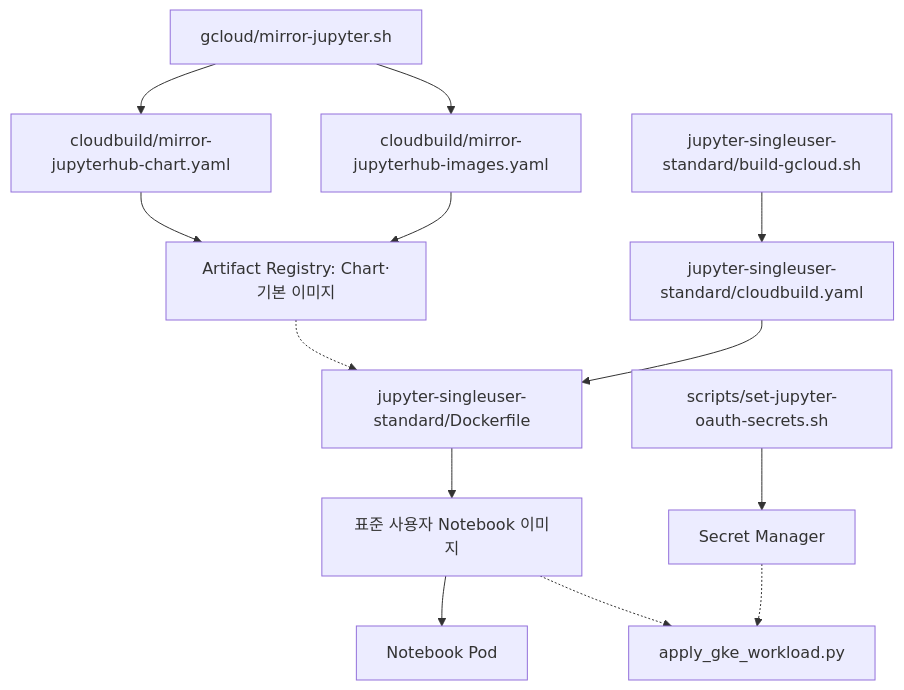
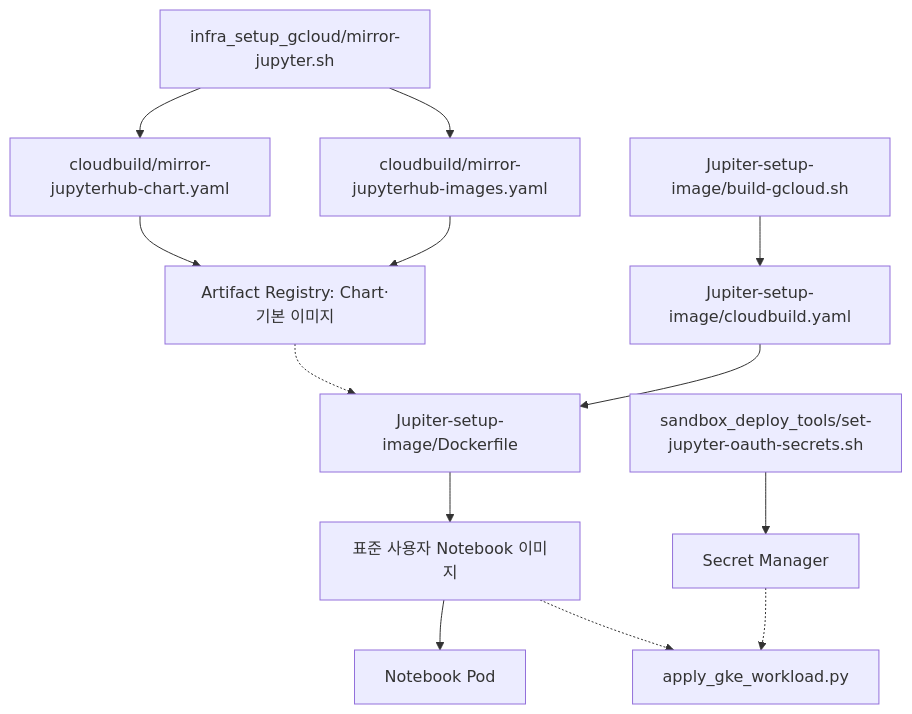
Before and after one commit to sonmap/GCP_SBX_Test01: the third of 3 diagrams in docs/file-relationships.md, drawn with Mermaid. The commit also changed other lines of this file and 66 other files, not shown here.

````diff
--- a/docs/file-relationships.md
+++ b/docs/file-relationships.md
@@ -51,15 +51,15 @@
 ```mermaid
 flowchart TD
-  M["gcloud/mirror-jupyter.sh"] --> MC["cloudbuild/mirror-jupyterhub-chart.yaml"]
+  M["infra_setup_gcloud/mirror-jupyter.sh"] --> MC["cloudbuild/mirror-jupyterhub-chart.yaml"]
   M --> MI["cloudbuild/mirror-jupyterhub-images.yaml"]
   MC --> AR["Artifact Registry: Chart·기본 이미지"]
   MI --> AR
-  AR -.-> JD["jupyter-singleuser-standard/Dockerfile"]
-  JB["jupyter-singleuser-standard/build-gcloud.sh"] --> JY["jupyter-singleuser-standard/cloudbuild.yaml"]
+  AR -.-> JD["Jupiter-setup-image/Dockerfile"]
+  JB["Jupiter-setup-image/build-gcloud.sh"] --> JY["Jupiter-setup-image/cloudbuild.yaml"]
   JY --> JD
   JD --> IMG["표준 사용자 Notebook 이미지"]
   IMG --> POD["Notebook Pod"]
-  SEC["scripts/set-jupyter-oauth-secrets.sh"] --> SM["Secret Manager"]
+  SEC["sandbox_deploy_tools/set-jupyter-oauth-secrets.sh"] --> SM["Secret Manager"]
   SM -.-> K["apply_gke_workload.py"]
   IMG -.-> K
 ```
````
